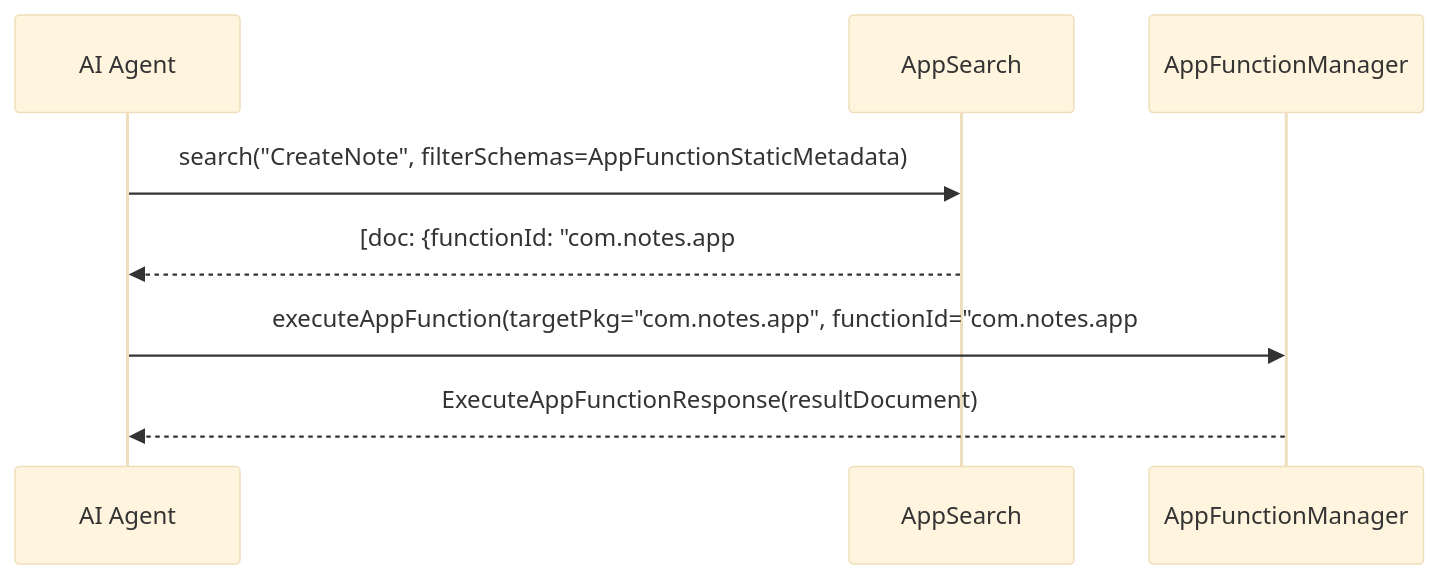
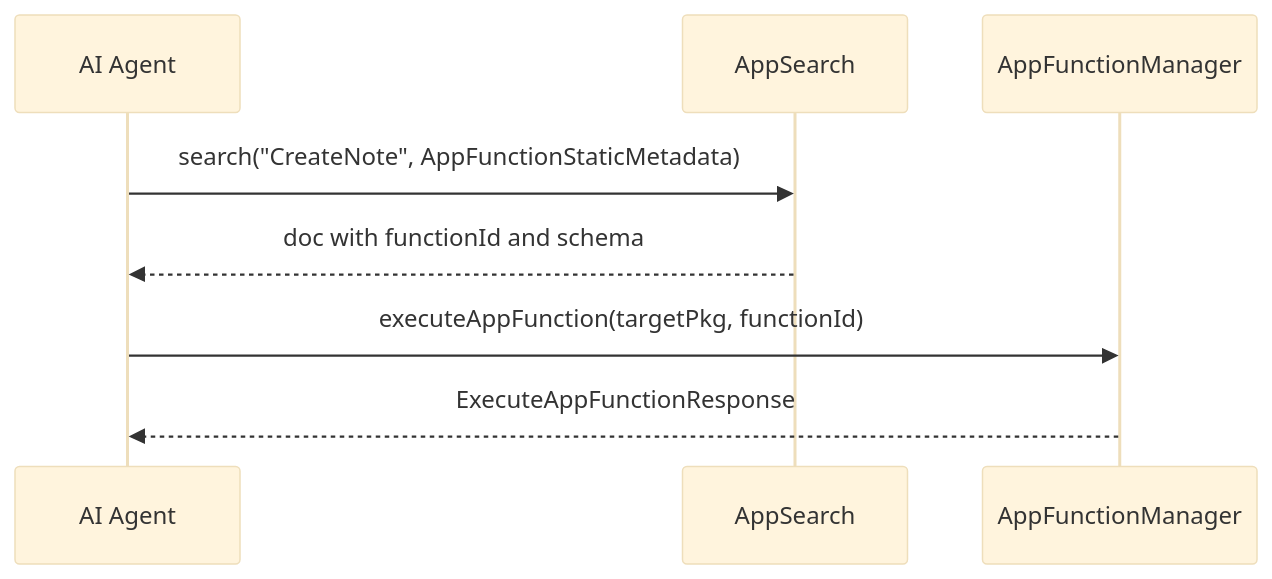
Before and after one commit to fwrite0920/aosp-internal-book: diagram 35 of 59 in 50-ai-appfunctions.md, drawn with Mermaid (base theme). The commit also changed other lines of this file and 21 other files, not shown here.

First line of the commit message:
Fix Mermaid diagrams and formatting in Parts IX-XV and Appendix A (chapters 40-63)

````diff
--- a/50-ai-appfunctions.md
+++ b/50-ai-appfunctions.md
@@ -3279,11 +3279,11 @@
 ```mermaid
 sequenceDiagram
     participant Agent as AI Agent
     participant AS as AppSearch
     participant AFM as AppFunctionManager
 
-    Agent->>AS: search("CreateNote", filterSchemas=AppFunctionStaticMetadata)
-    AS-->>Agent: [doc: {functionId: "com.notes.app#createNote", schema: "CreateNote"}]
-    Agent->>AFM: executeAppFunction(targetPkg="com.notes.app", functionId="com.notes.app#createNote")
-    AFM-->>Agent: ExecuteAppFunctionResponse(resultDocument)
+    Agent->>AS: search("CreateNote", AppFunctionStaticMetadata)
+    AS-->>Agent: doc with functionId and schema
+    Agent->>AFM: executeAppFunction(targetPkg, functionId)
+    AFM-->>Agent: ExecuteAppFunctionResponse
 ```
````
